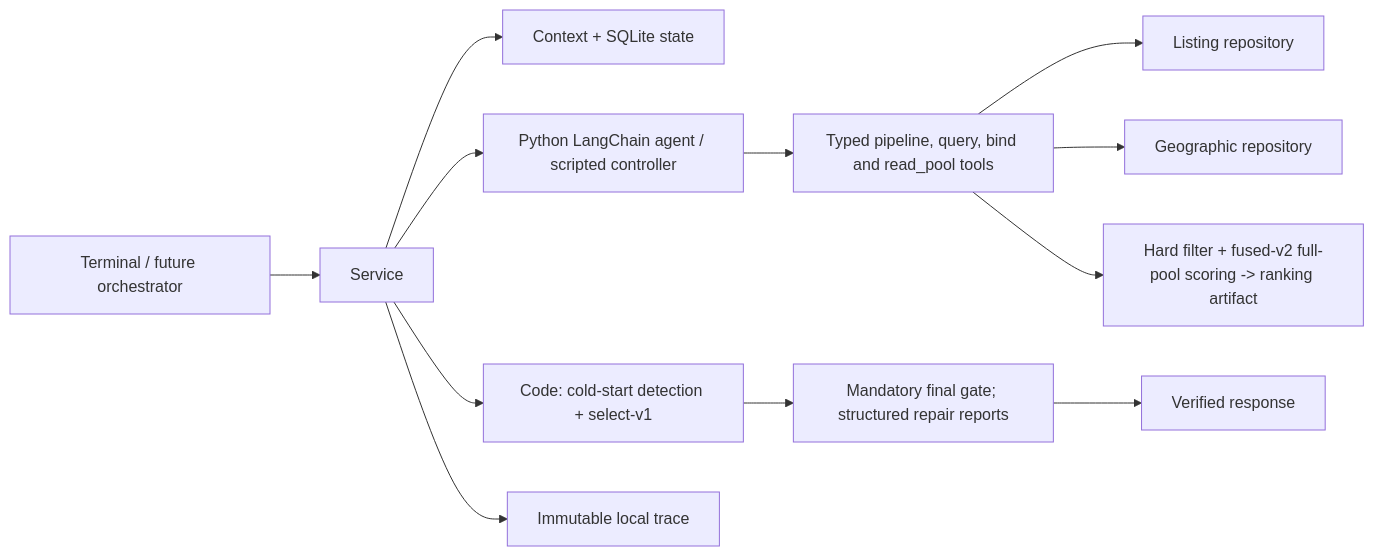
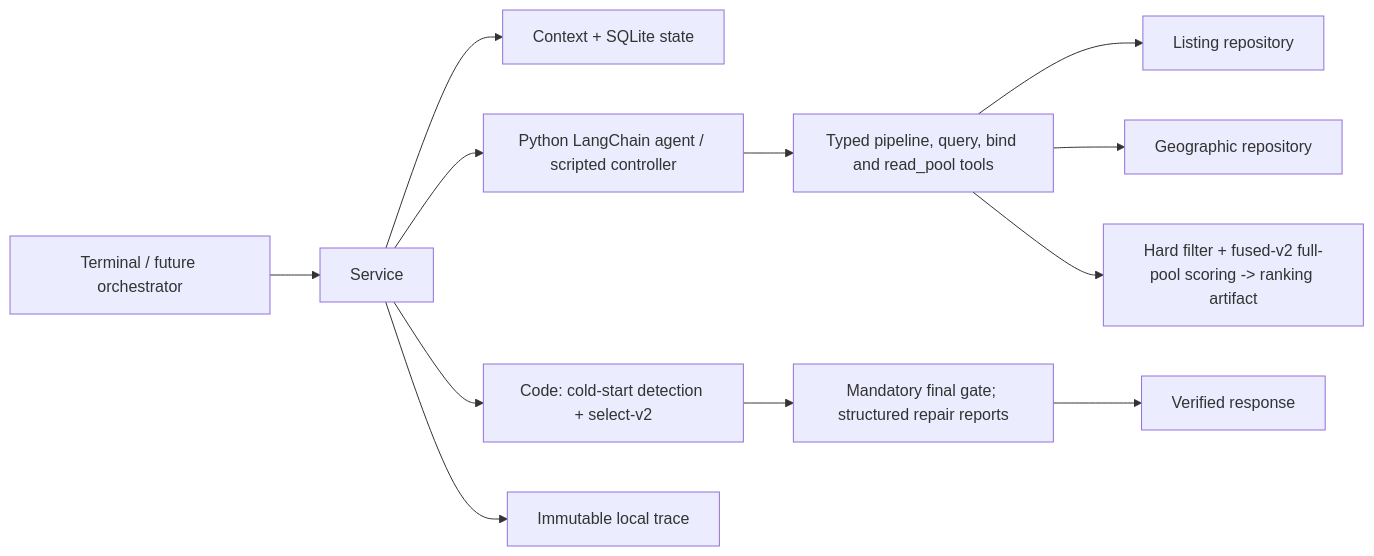
The diagram in recommendation/README.md (zhexusun10/Multi-Agent-Assistance-System), drawn with Mermaid before and after one commit. The commit also changed other lines of this file and 49 other files, not shown here.

````diff
--- a/recommendation/README.md
+++ b/recommendation/README.md
@@ -107,14 +107,14 @@
 ```mermaid
 flowchart LR
   Caller[Terminal / future orchestrator] --> Service
   Service --> Context[Context + SQLite state]
   Service --> Controller[Python LangChain agent / scripted controller]
   Controller --> Tools[Typed pipeline, query, bind and read_pool tools]
   Tools --> SQL[Listing repository]
   Tools --> KG[Geographic repository]
   Tools --> Rank[Hard filter + fused-v2 full-pool scoring -> ranking artifact]
-  Service --> Select[Code: cold-start detection + select-v1]
+  Service --> Select[Code: cold-start detection + select-v2]
   Select --> Gate[Mandatory final gate; structured repair reports]
   Gate --> Response[Verified response]
   Service --> Trace[Immutable local trace]
 ```
````
